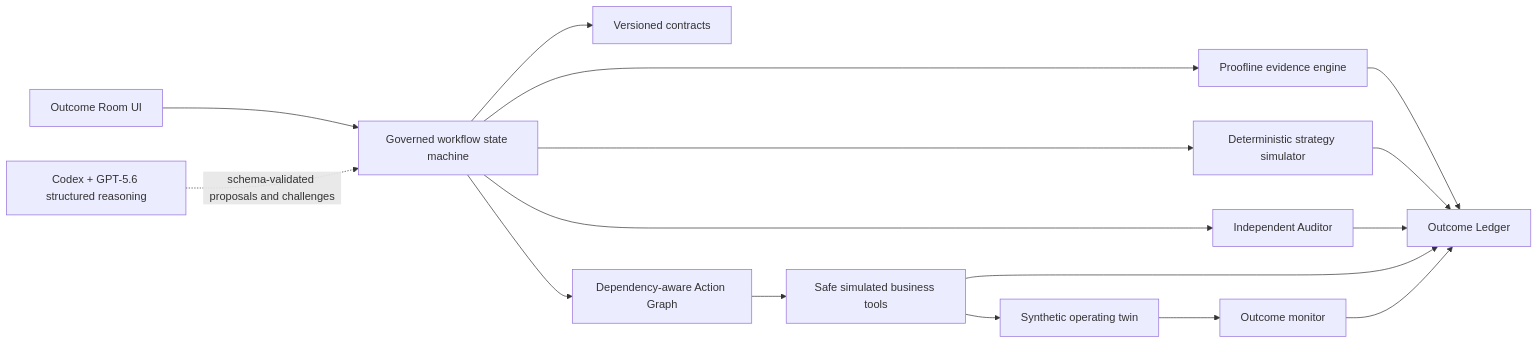
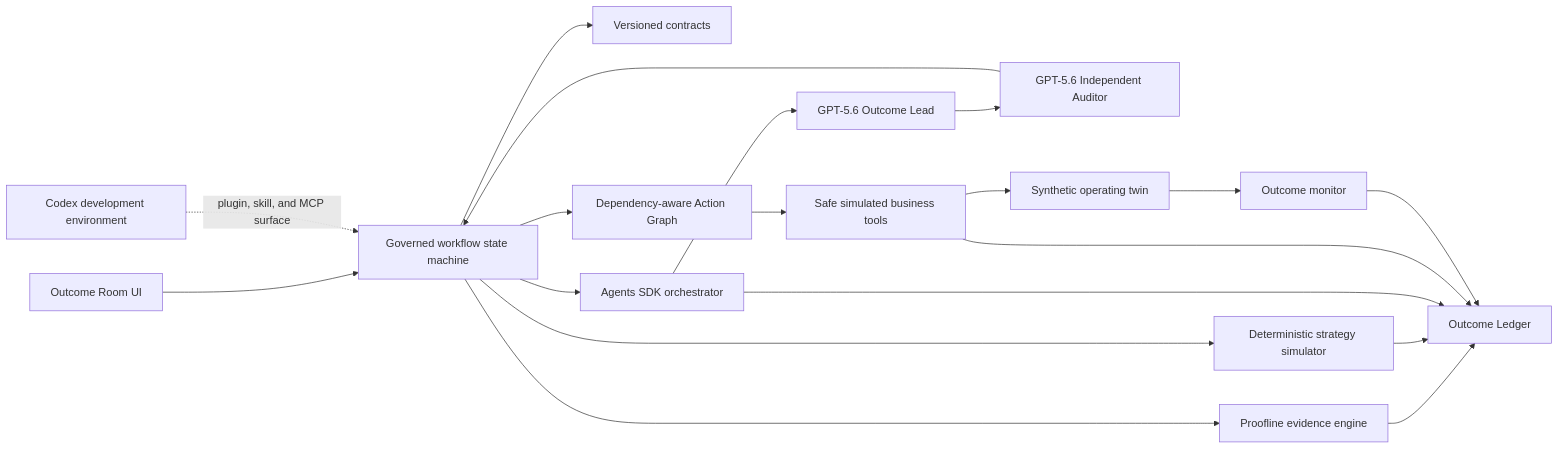
The diagram in docs/ARCHITECTURE.md (pvisputeg/PACT), drawn with Mermaid before and after one commit. The commit also changed other lines of this file and 23 other files, not shown here.

Commit message:
feat: orchestrate PACT with OpenAI Agents SDK

````diff
--- a/docs/ARCHITECTURE.md
+++ b/docs/ARCHITECTURE.md
@@ -13,18 +13,21 @@
 ```mermaid
 flowchart LR
     UI[Outcome Room UI] --> WF[Governed workflow state machine]
     WF --> CT[Versioned contracts]
     WF --> PE[Proofline evidence engine]
     WF --> SE[Deterministic strategy simulator]
-    WF --> AU[Independent Auditor]
+    WF --> AO[Agents SDK orchestrator]
+    AO --> GL[GPT-5.6 Outcome Lead]
+    GL --> GA[GPT-5.6 Independent Auditor]
+    GA --> WF
     WF --> TG[Dependency-aware Action Graph]
     TG --> BT[Safe simulated business tools]
     BT --> DT[Synthetic operating twin]
     DT --> OM[Outcome monitor]
     PE --> OL[Outcome Ledger]
     SE --> OL
-    AU --> OL
+    AO --> OL
     BT --> OL
     OM --> OL
-    CX[Codex + GPT-5.6 structured reasoning] -. schema-validated proposals and challenges .-> WF
+    CX[Codex development environment] -. plugin, skill, and MCP surface .-> WF
 ```
````
